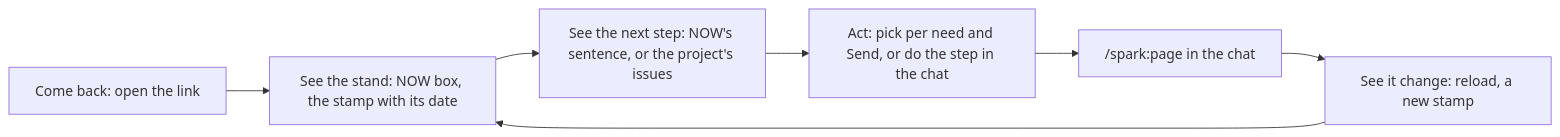
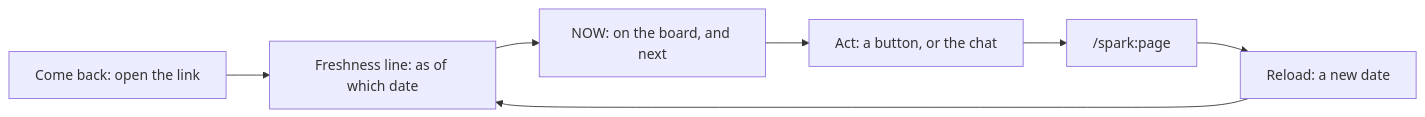
One commit to xmejkal/spark changed the third of 5 diagrams in docs/discovery/2026-11-23-p1038-page-design/design.md. Above: the diagram before and after it, drawn with Mermaid. The commit also changed other lines of this file and 1 other file, not shown here.

````diff
--- a/docs/discovery/2026-11-23-p1038-page-design/design.md
+++ b/docs/discovery/2026-11-23-p1038-page-design/design.md
@@ -149,9 +169,7 @@
 ```mermaid
 flowchart LR
-  j1["Come back: open the link"] --> j2["See the stand: NOW box, the stamp with its date"]
-  j2 --> j3["See the next step: NOW's sentence, or the project's issues"]
-  j3 --> j4["Act: pick per need and Send, or do the step in the chat"]
-  j4 --> j5["/spark:page in the chat"]
-  j5 --> j6["See it change: reload, a new stamp"]
-  j6 --> j2
+  j1["Come back: open the link"] --> j2["Freshness line: as of which date"]
+  j2 --> j3["NOW: on the board, and next"]
+  j3 --> j4["Act: a button, or the chat"]
+  j4 --> j5["/spark:page"] --> j6["Reload: a new date"] --> j2
 ```
````
